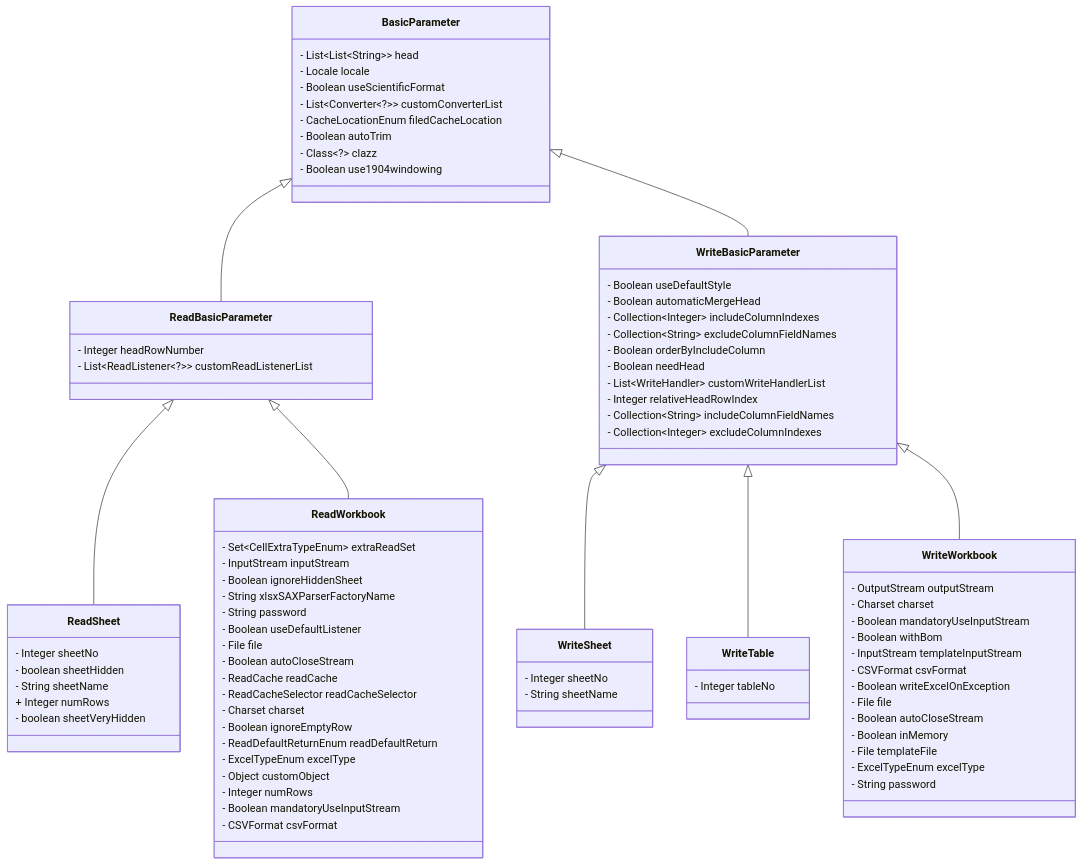
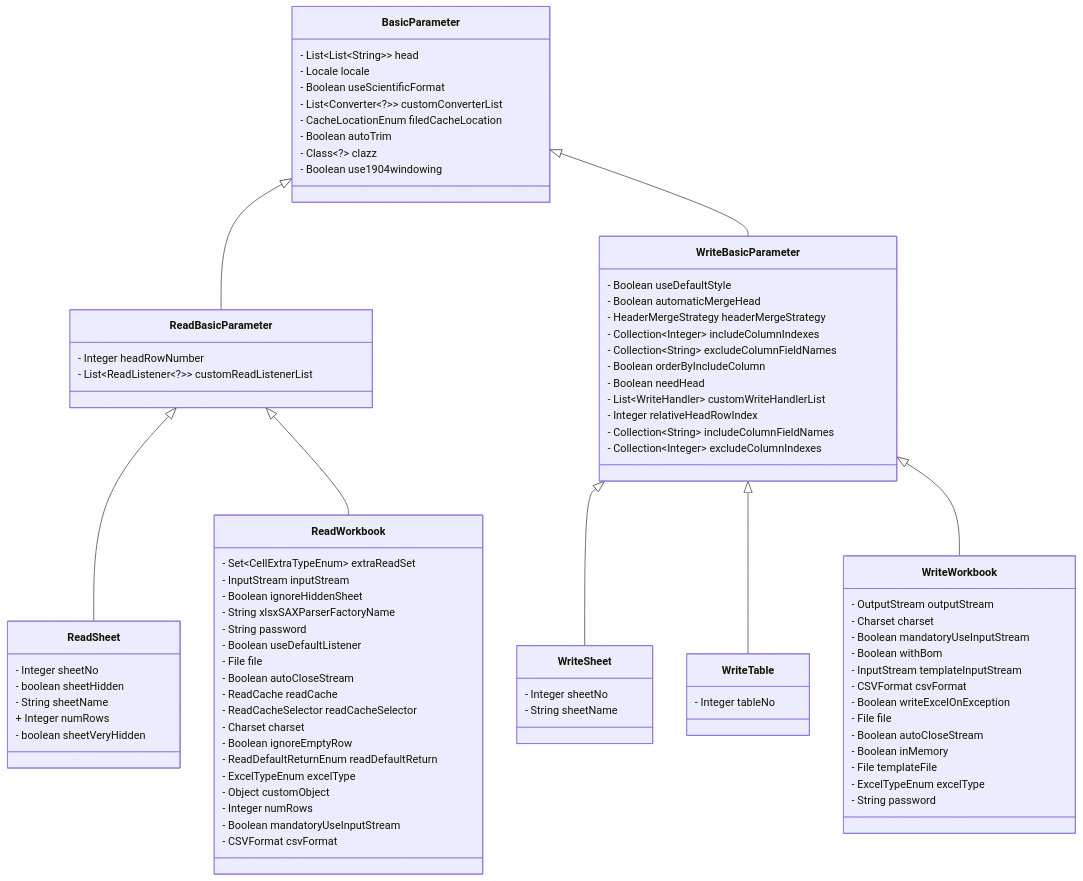
The diagram in website/i18n/zh-cn/docusaurus-plugin-content-docs/current/help/parameter.md (psxjoy/fastexcel), drawn with Mermaid before and after one commit. The commit also changed other lines of this file and 11 other files, not shown here.

Commit message:
feat: introduce header merge strategy for Excel writing

```diff
--- a/website/i18n/zh-cn/docusaurus-plugin-content-docs/current/help/parameter.md
+++ b/website/i18n/zh-cn/docusaurus-plugin-content-docs/current/help/parameter.md
@@ -56,6 +56,7 @@
 class WriteBasicParameter {
   - Boolean useDefaultStyle
   - Boolean automaticMergeHead
+  - HeaderMergeStrategy headerMergeStrategy
   - Collection~Integer~ includeColumnIndexes
   - Collection~String~ excludeColumnFieldNames
   - Boolean orderByIncludeColumn
```
